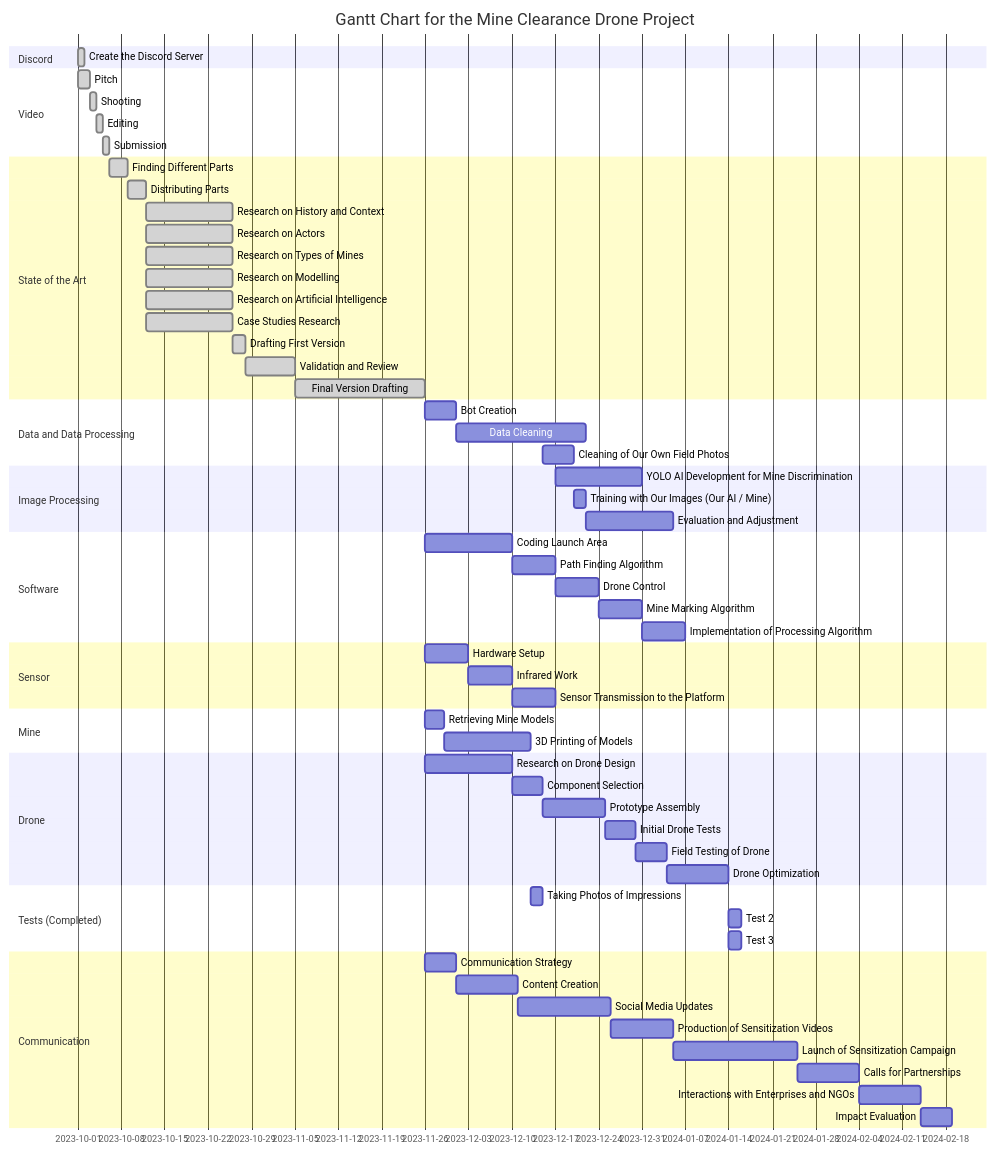
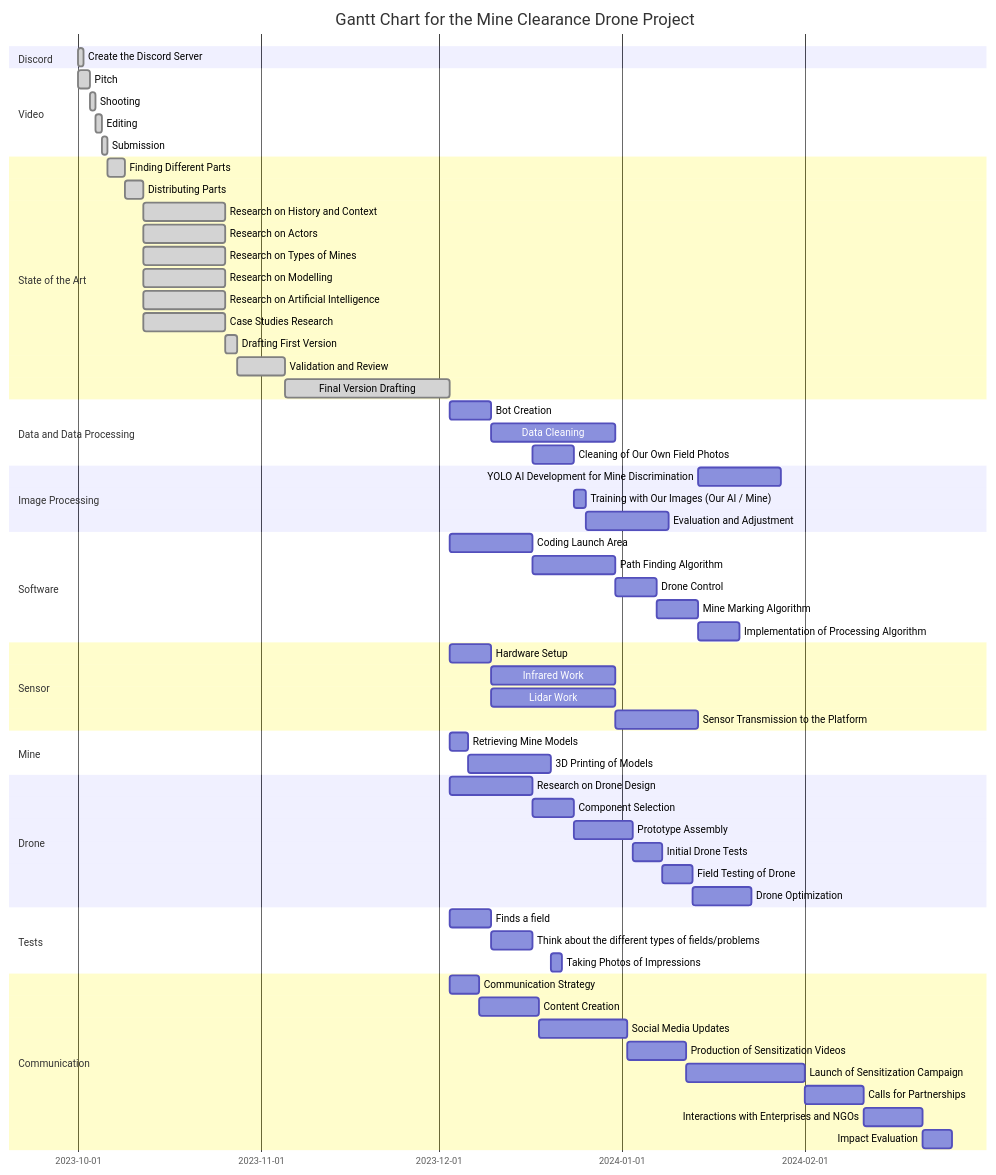
Before and after one commit to mine-clearance/mine-clearance: the diagram in Documentation/gantt.md, drawn with Mermaid. The commit also changed other lines of this file, not shown here.

Commit message:
new gantt

````diff
--- a/Documentation/gantt.md
+++ b/Documentation/gantt.md
@@ -3,76 +3,77 @@
 ```mermaid
 gantt
     title Gantt Chart for the Mine Clearance Drone Project
 
     dateFormat  DD-MM-YYYY
     section Discord
     Create the Discord Server              :done, discord, 01-10-2023, 1d
 
     section Video
     Pitch                                  :done, vid1, 01-10-2023, 2d
     Shooting                               :done, vid2, after vid1, 1d
     Editing                                :done, vid3, after vid2, 1d
     Submission                             :done, vid4, after vid3, 1d
 
     section State of the Art
     Finding Different Parts                :done, ea1, after vid4, 3d
     Distributing Parts                     :done, ea2, after ea1, 3d
     Research on History and Context        :done, ea3, after ea2, 14d
     Research on Actors                     :done, ea4, after ea2, 14d
     Research on Types of Mines             :done, ea5, after ea2, 14d
     Research on Modelling                  :done, ea6, after ea2, 14d
     Research on Artificial Intelligence    :done, ea7, after ea2, 14d
     Case Studies Research                  :done, ea8, after ea2, 14d
     Drafting First Version                 :done, ea9, after ea8, 2d
     Validation and Review                  :done, ea10, after ea9, 8d
-    Final Version Drafting                 :done, ea11, after ea10, 3w
+    Final Version Drafting                 :done, ea11, after ea10, 4w
 
     section Data and Data Processing
-    Bot Creation                           :db1, after ea11, 5d
+    Bot Creation                           :db1, after ea11, 1w
     Data Cleaning                          :db2, after db1, 3w
-    Cleaning of Our Own Field Photos       :db3, after t2, 5d
+    Cleaning of Our Own Field Photos       :db3, after t2, 1w
 
     section Image Processing
     YOLO AI Development for Mine Discrimination :ti1, after cs3, 2w
     Training with Our Images (Our AI / Mine)    :ti2, after db3, 2d
     Evaluation and Adjustment                    :ti3, after ti2, 2w
 
     section Software
     Coding Launch Area                     :s1, after ea11, 2w
-    Path Finding Algorithm                 :s2, after s1, 1w
+    Path Finding Algorithm                 :s2, after s1, 2w
     Drone Control                          :s3, after s2, 1w
     Mine Marking Algorithm                 :s4, after s3, 1w
     Implementation of Processing Algorithm :s5, after s4, 1w
 
     section Sensor
     Hardware Setup                         :cs1, after ea11, 1w
-    Infrared Work                          :cs2, after cs1, 1w
-    Sensor Transmission to the Platform    :cs3, after cs2, 1w
+    Infrared Work                          :cs2, after cs1, 3w
+    Lidar Work                          :cs2, after cs1, 3w
+    Sensor Transmission to the Platform    :cs3, after cs2, 2w
 
     section Mine
     Retrieving Mine Models                 :m1, after ea11, 3d
     3D Printing of Models                  :m2, after m1, 2w
 
     section Drone
     Research on Drone Design               :dr1, after ea11, 2w
-    Component Selection                    :dr2, after dr1, 5d
+    Component Selection                    :dr2, after dr1, 1w
     Prototype Assembly                     :dr3, after dr2, 10d
     Initial Drone Tests                    :dr4, after dr3, 5d
     Field Testing of Drone                 :dr5, after dr4, 5d
     Drone Optimization                     :dr6, after dr5, 10d
 
-    section Tests (Completed)
-    Taking Photos of Impressions           :t2, after m2, 2d
-    Test 2                                 :t3, after dr6, 2d
-    Test 3                                 :t4, after dr6, 2d
+    section Tests
+    Finds a field                          :t1, after ea11, 1w
+    Think about the different types of fields/problems    :t2, after t1, 1w
+    Taking Photos of Impressions           :t3, after m2, 2d
 
     section Communication
     Communication Strategy                 :com2, after ea11, 5d
     Content Creation                       :com3, after com2, 10d
     Social Media Updates                   :com4, after com3, 15d
     Production of Sensitization Videos     :com7, after com4, 10d
     Launch of Sensitization Campaign       :com5, after com7, 20d
     Calls for Partnerships                  :com8, after com5, 10d
     Interactions with Enterprises and NGOs :com9, after com8, 10d
     Impact Evaluation                      :com6, after com9, 5d
 ```
````
